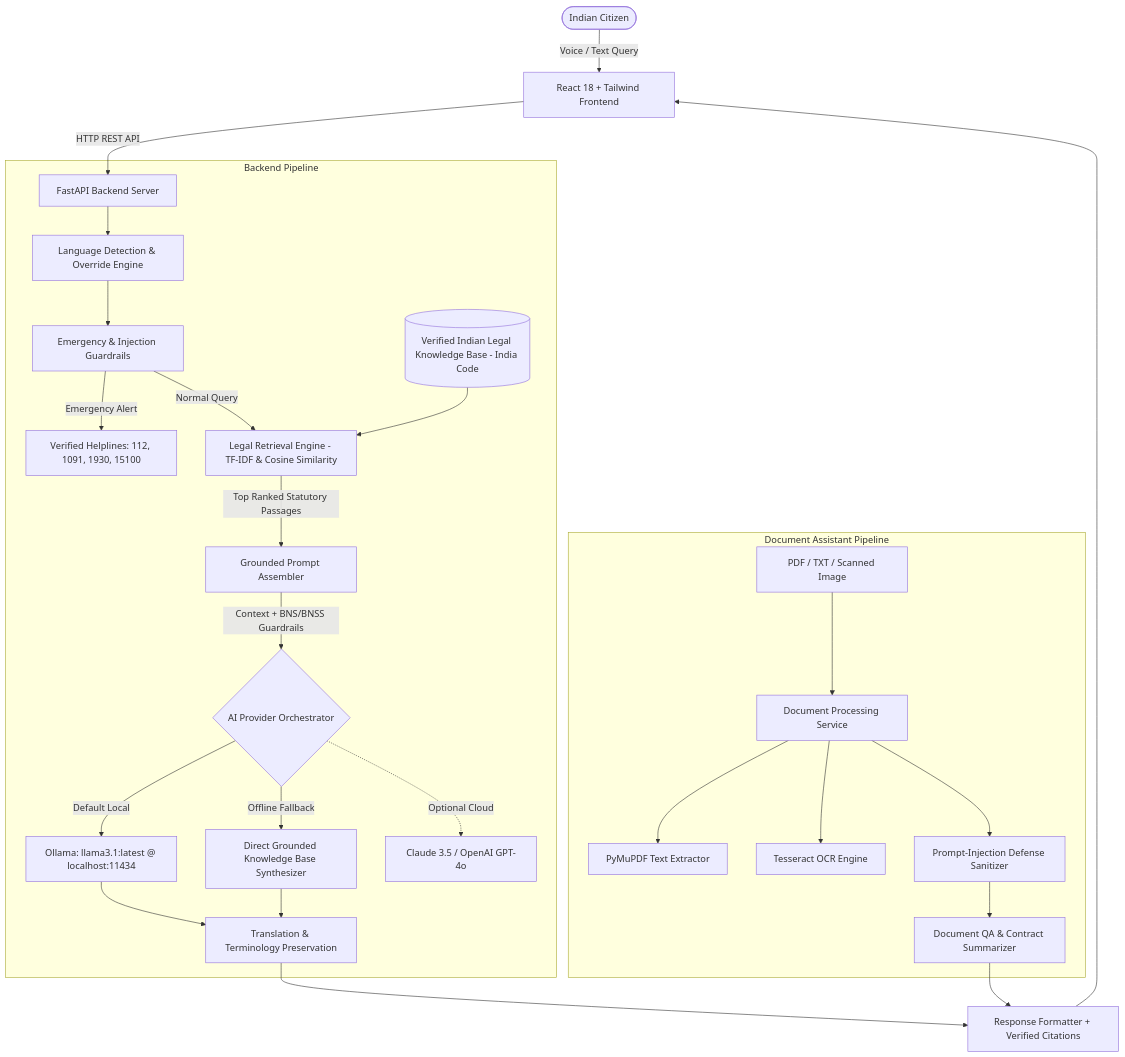
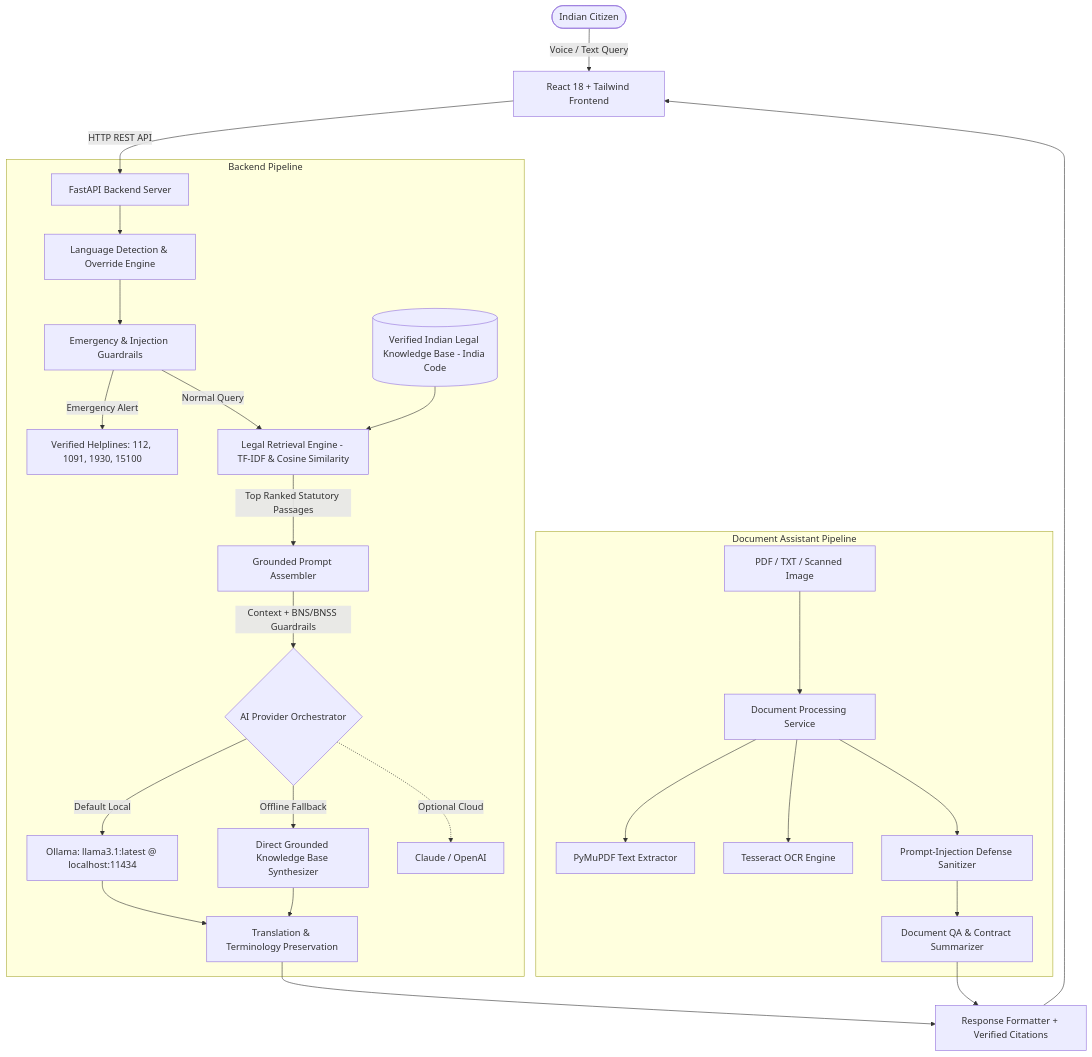
Before and after one commit to nikhil15-gif/multi-legal-ai-assistant: the diagram in README.md, drawn with Mermaid. The commit also changed other lines of this file and 12 other files, not shown here.

````diff
--- a/README.md
+++ b/README.md
@@ -48,37 +48,37 @@
 ```mermaid
 flowchart TD
     User([Indian Citizen]) -->|Voice / Text Query| UI[React 18 + Tailwind Frontend]
     UI -->|HTTP REST API| FastAPIServer[FastAPI Backend Server]
     
     subgraph Backend Pipeline
         FastAPIServer --> LangDetect[Language Detection & Override Engine]
         LangDetect --> SafetyGuard[Emergency & Injection Guardrails]
         
         SafetyGuard -->|Emergency Alert| Hotlines[Verified Helplines: 112, 1091, 1930, 15100]
         SafetyGuard -->|Normal Query| RetrievalEngine[Legal Retrieval Engine - TF-IDF & Cosine Similarity]
         
         KB[(Verified Indian Legal Knowledge Base - India Code)] --> RetrievalEngine
         RetrievalEngine -->|Top Ranked Statutory Passages| PromptBuilder[Grounded Prompt Assembler]
         
         PromptBuilder -->|Context + BNS/BNSS Guardrails| AIOrchestrator{AI Provider Orchestrator}
         
         AIOrchestrator -->|Default Local| OllamaServer[Ollama: llama3.1:latest @ localhost:11434]
         AIOrchestrator -->|Offline Fallback| DirectKBSynthesizer[Direct Grounded Knowledge Base Synthesizer]
-        AIOrchestrator -.->|Optional Cloud| CloudAI[Claude 3.5 / OpenAI GPT-4o]
+        AIOrchestrator -.->|Optional Cloud| CloudAI[Claude / OpenAI]
         
         OllamaServer --> TranslationEngine[Translation & Terminology Preservation]
         DirectKBSynthesizer --> TranslationEngine
     end
 
     subgraph Document Assistant Pipeline
         DocUpload[PDF / TXT / Scanned Image] --> DocParser[Document Processing Service]
         DocParser --> PyMuPDF[PyMuPDF Text Extractor]
         DocParser --> Tesseract[Tesseract OCR Engine]
         DocParser --> Sanitizer[Prompt-Injection Defense Sanitizer]
         Sanitizer --> DocQA[Document QA & Contract Summarizer]
     end
 
     TranslationEngine --> OutputFormatter[Response Formatter + Verified Citations]
     DocQA --> OutputFormatter
     OutputFormatter --> UI
 ```
````
